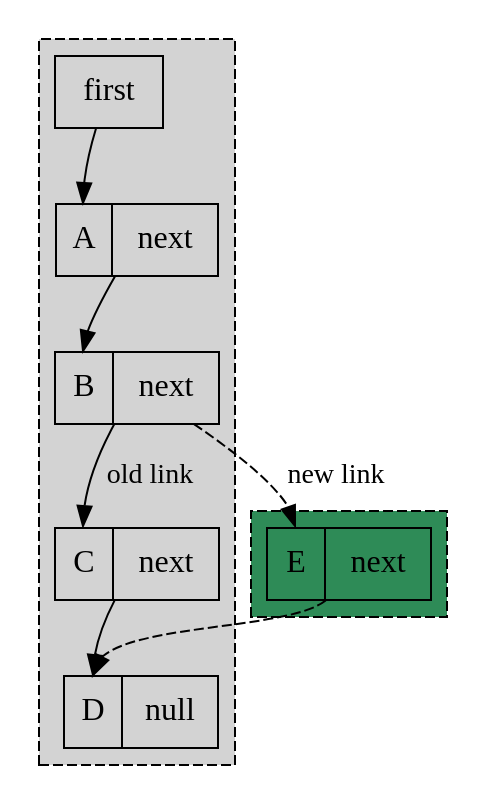
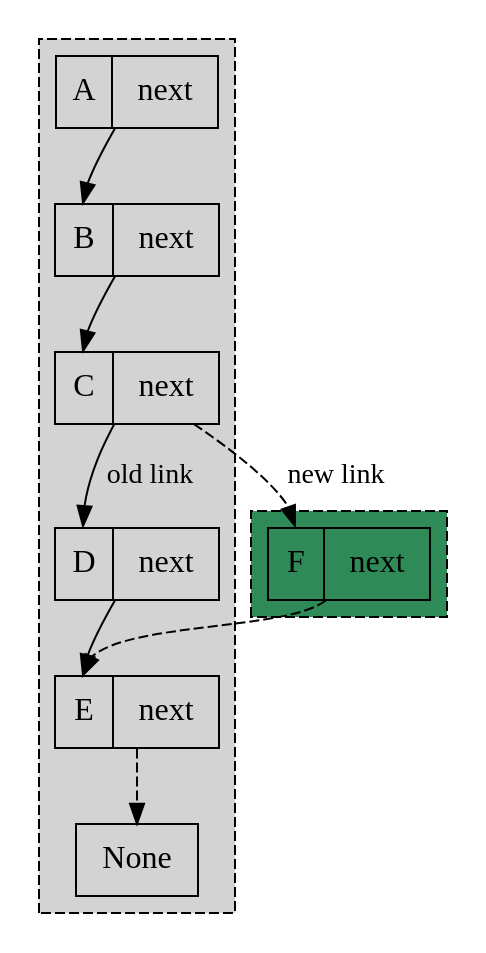
Before and after one commit to object-oriented-python/object-oriented-programming: the second of 2 diagrams in doc/source/4_abstract_data_types.rst, drawn with Graphviz. The commit also changed other lines of this file, not shown here.

Commit message:
minor diagram fiddling

```diff
--- a/doc/source/4_abstract_data_types.rst
+++ b/doc/source/4_abstract_data_types.rst
@@ -492,27 +494,32 @@
 				bgcolor="lightgray";
 
 		"node_init" [
-		label = "first"
+		label = "<f0> A| next| 1 <f1>"
 		shape = "record"
 		];
 
 		"node0" [
-		label = "<f0> A| next| 1 <f1>"
-		shape = "record"
-		];
-
-		 "node1" [
 		label = "<f0> B| next| 1 <f1>"
 		shape = "record"
 		];
 
+		"node1" [
+		label = "<f0> C| next| 1 <f1>"
+		shape = "record"
+		];
+
 		"node2" [
-		label = "<f0> C| next| 1 <f1>"
+		label = "<f0> D| next| 1 <f1>"
 		shape = "record"
 		];
 		
 		 "node3" [
-		label = "<f0> D| null| 1 <f1>"
+		label = "<f0> E| next| 1 <f1>"
+		shape = "record"
+		];
+
+		 "node4" [
+		label = "None"
 		shape = "record"
 		];
 
@@ -522,8 +529,8 @@
 				style="ellipse, dashed";
 				bgcolor="#2E8B57";
 		
-		"node4" [
-		label = "<f0> E| next|_ <f1>"
+		"node5" [
+		label = "<f0> F| next|_ <f1>"
 		shape = "record"
 		];
 		}
@@ -535,6 +542,7 @@
 		"node0":f1 -> "node1":f0 [
 		id = 1
 		];
+        
 		"node1":f1 -> "node2":f0 [
 		id = 2
 		label ="old link"
@@ -544,15 +552,19 @@
 		id = 3
 		];
 
-		"node1":f1 -> "node4":f0 [
+		"node1":f1 -> "node5":f0 [
 		id = 4
 		label ="new link"
 		style= "dashed"
 		];
 
-		"node4":f1 -> "node3":f0 [
+		"node5":f1 -> "node3":f0 [
 		id = 5
 		style= "dashed"
 		];
-		 
+
+        "node3":f1 -> "node4":f1 [
+        id = 6
+        style = dashed
+		];
 	}
```
